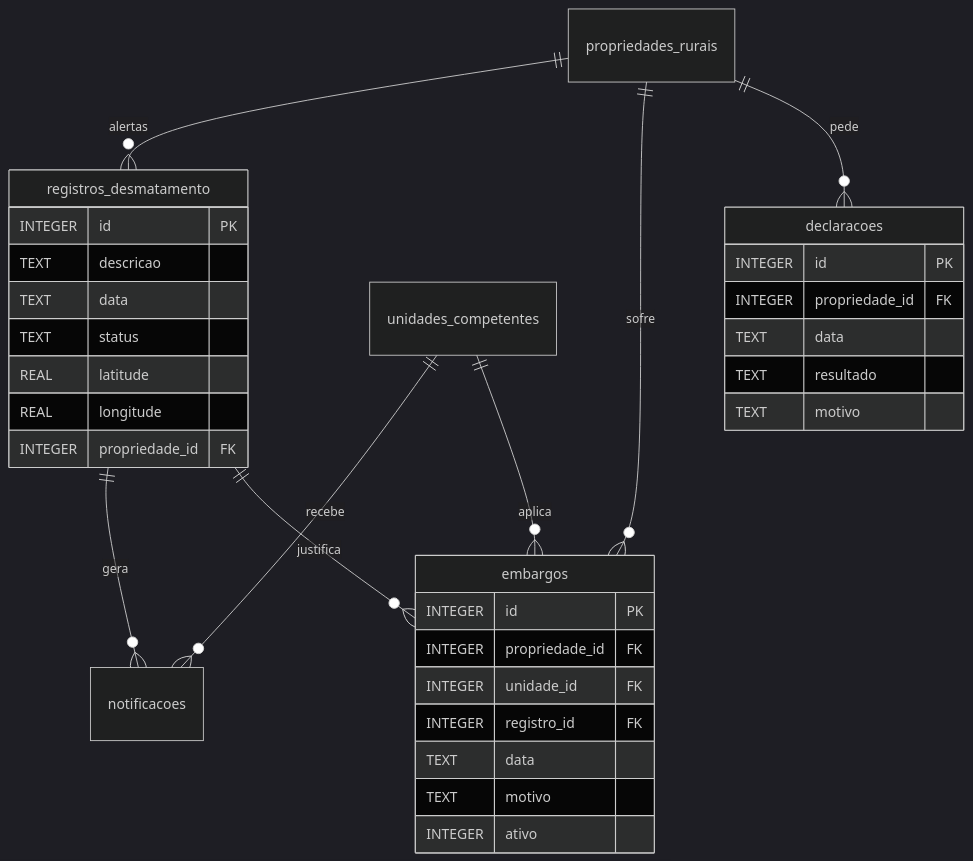
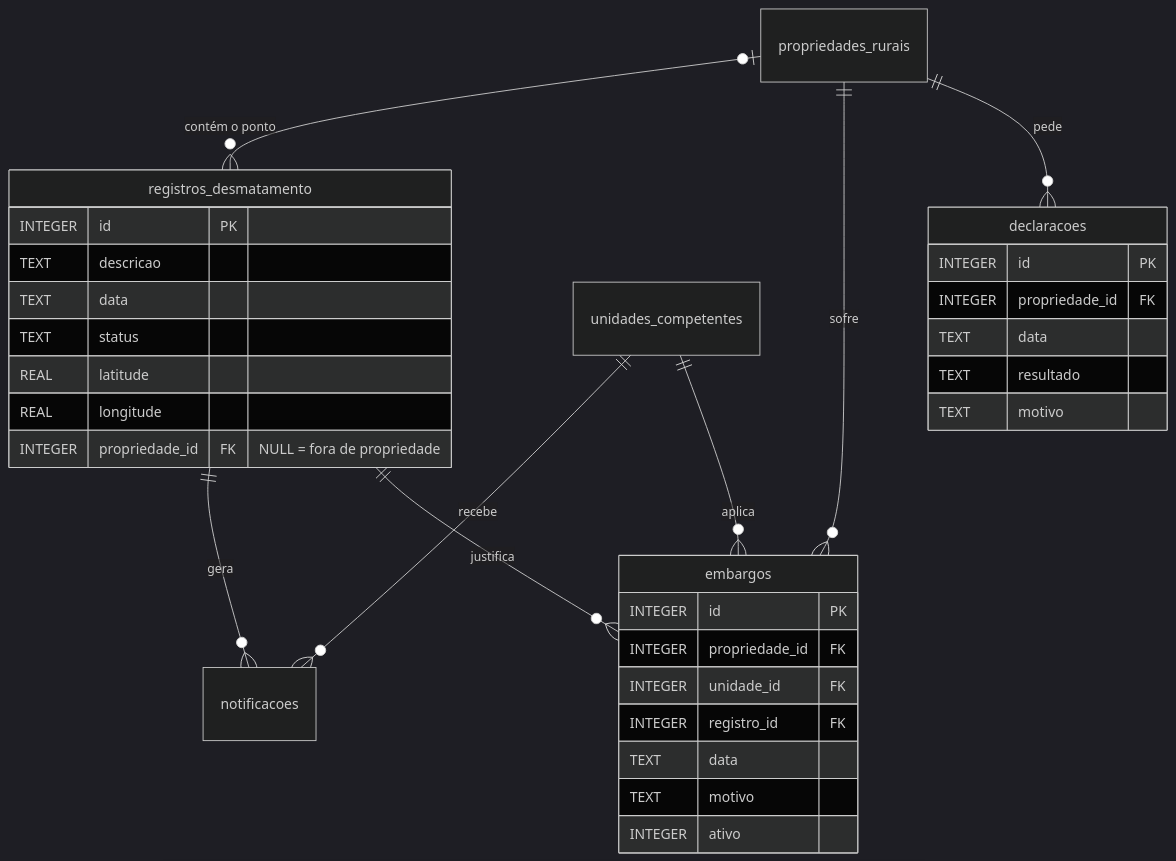
Before and after one commit to pedrohrossetto/sys-car: the seventh of 7 diagrams in docs/fiscalizacao/diagramas.pt-br.md, drawn with Mermaid (dark theme). The commit also changed other lines of this file and 17 other files, not shown here.

First line of the commit message:
docs: ADR-C05, ADR-002, ADR-F14 e diagramas com o mapa

````diff
--- a/docs/fiscalizacao/diagramas.pt-br.md
+++ b/docs/fiscalizacao/diagramas.pt-br.md
@@ -319,35 +332,35 @@
 ```mermaid
 erDiagram
-    propriedades_rurais ||--o{ registros_desmatamento : "alertas"
+    propriedades_rurais |o--o{ registros_desmatamento : "contém o ponto"
     registros_desmatamento ||--o{ notificacoes : "gera"
     unidades_competentes ||--o{ notificacoes : "recebe"
     propriedades_rurais ||--o{ embargos : "sofre"
     unidades_competentes ||--o{ embargos : "aplica"
     registros_desmatamento ||--o{ embargos : "justifica"
     propriedades_rurais ||--o{ declaracoes : "pede"
     registros_desmatamento {
         INTEGER id PK
         TEXT descricao
         TEXT data
         TEXT status
         REAL latitude
         REAL longitude
-        INTEGER propriedade_id FK
+        INTEGER propriedade_id FK "NULL = fora de propriedade"
     }
     embargos {
         INTEGER id PK
         INTEGER propriedade_id FK
         INTEGER unidade_id FK
         INTEGER registro_id FK
         TEXT data
         TEXT motivo
         INTEGER ativo
     }
     declaracoes {
         INTEGER id PK
         INTEGER propriedade_id FK
         TEXT data
         TEXT resultado
         TEXT motivo
     }
 ```
````
